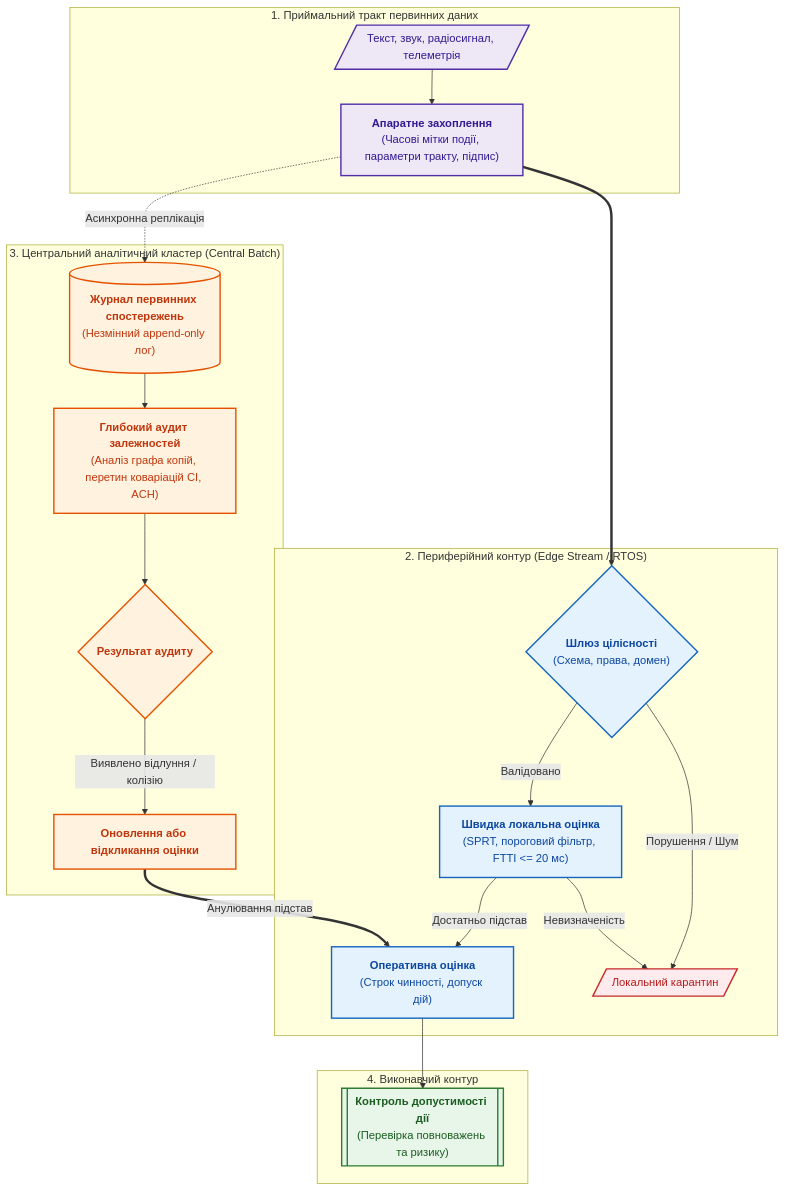
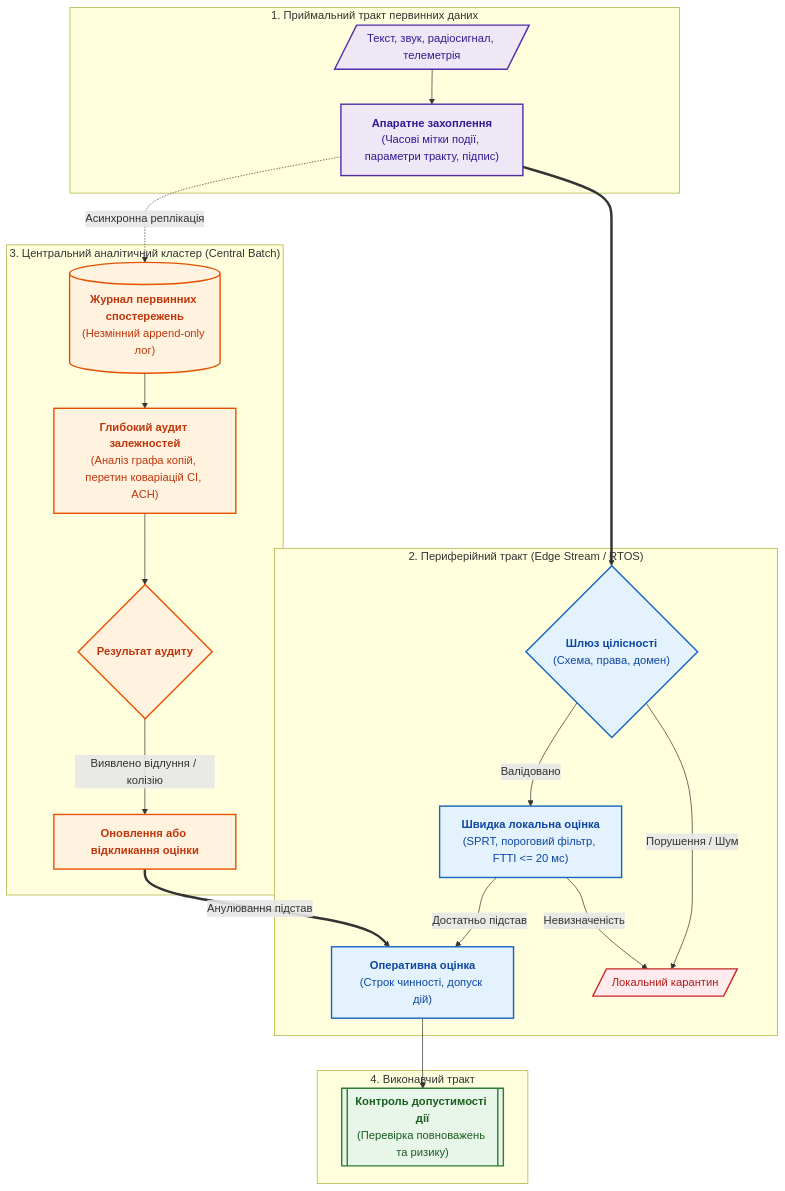
Before and after one commit to nick-fedchik/articles: the fifth of 6 diagrams in ExpertSystem/ch37-input-information-assessment-and-algorithmic-skepticism.md, drawn with Mermaid. The commit also changed other lines of this file and 375 other files, not shown here.

````diff
--- a/ExpertSystem/ch37-input-information-assessment-and-algorithmic-skepticism.md
+++ b/ExpertSystem/ch37-input-information-assessment-and-algorithmic-skepticism.md
@@ -605,56 +629,56 @@
 ```mermaid
 flowchart TD
     accTitle: Гібридна архітектура обробки: потоковий периферійний та центральний пакетний аналіз
-    accDescr: Двоконтурний конвеєр оцінювання первинних спостережень із розділенням локальної диспетчеризації та ретроспективного аудиту залежностей.
+    accDescr: Дворівневий конвеєр оцінювання первинних спостережень із розділенням локальної диспетчеризації та ретроспективного аудиту залежностей.
 
     subgraph Ingress["1. Приймальний тракт первинних даних"]
         Raw[/"Текст, звук, радіосигнал, телеметрія"/]
         Cap["<b>Апаратне захоплення</b><br/>(Часові мітки події, параметри тракту, підпис)"]
     end
 
-    subgraph FastPath["2. Периферійний контур (Edge Stream / RTOS)"]
+    subgraph FastPath["2. Периферійний тракт (Edge Stream / RTOS)"]
         Gate{"<b>Шлюз цілісності</b><br/>(Схема, права, домен)"}
         FastEval["<b>Швидка локальна оцінка</b><br/>(SPRT, пороговий фільтр, FTTI <= 20 мс)"]
         EdgeState["<b>Оперативна оцінка</b><br/>(Строк чинності, допуск дій)"]
         EdgeQuarantine[/"Локальний карантин"/]
     end
 
     subgraph DeepPath["3. Центральний аналітичний кластер (Central Batch)"]
         RawLog[("<b>Журнал первинних спостережень</b><br/>(Незмінний append-only лог)")]
         BatchEval["<b>Глибокий аудит залежностей</b><br/>(Аналіз графа копій, перетин коваріацій CI, ACH)"]
         Revision{"<b>Результат аудиту</b>"}
         ReviseState["<b>Оновлення або відкликання оцінки</b>"]
     end
 
-    subgraph Execution["4. Виконавчий контур"]
+    subgraph Execution["4. Виконавчий тракт"]
         ActionEngine[["<b>Контроль допустимості дії</b><br/>(Перевірка повноважень та ризику)"]]
     end
 
     Raw --> Cap
     Cap ==> Gate
     Cap -.->|"Асинхронна реплікація"| RawLog
 
     Gate -->|"Валідовано"| FastEval
     Gate -->|"Порушення / Шум"| EdgeQuarantine
     
     FastEval -->|"Достатньо підстав"| EdgeState
     FastEval -->|"Невизначеність"| EdgeQuarantine
 
     RawLog --> BatchEval --> Revision
     Revision -->|"Виявлено відлуння / колізію"| ReviseState
     ReviseState ==>|"Анулювання підстав"| EdgeState
 
     EdgeState --> ActionEngine
 
     classDef inStyle fill:#ede7f6,stroke:#512da8,stroke-width:2px,color:#311b92;
     classDef edgeStyle fill:#e3f2fd,stroke:#1565c0,stroke-width:2px,color:#0d47a1;
     classDef deepStyle fill:#fff3e0,stroke:#e65100,stroke-width:2px,color:#bf360c;
     classDef execStyle fill:#e8f5e9,stroke:#2e7d32,stroke-width:2px,color:#1b5e20;
     classDef warnStyle fill:#ffebee,stroke:#c62828,stroke-width:2px,color:#b71c1c;
 
     class Raw,Cap inStyle;
     class Gate,FastEval,EdgeState edgeStyle;
     class RawLog,BatchEval,Revision,ReviseState deepStyle;
     class ActionEngine execStyle;
     class EdgeQuarantine warnStyle;
 ```
````
